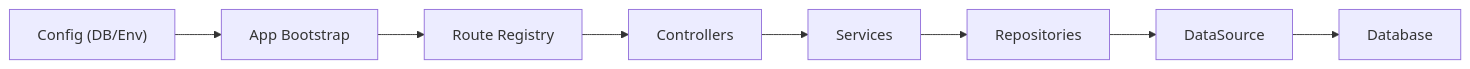
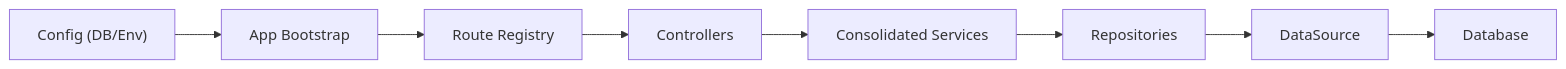
The fifth of 5 diagrams in .qoder/repowiki/en/content/System Architecture/Backend Architecture/Layered Architecture & Components.md (franckylab/eLISAschool), drawn with Mermaid before and after one commit. The commit also changed other lines of this file and 101 other files, not shown here.

First line of the commit message:
docs(architecture): document refonte de l’architecture backend et améliorations frontend

````diff
--- a/.qoder/repowiki/en/content/System Architecture/Backend Architecture/Layered Architecture & Components.md
+++ b/.qoder/repowiki/en/content/System Architecture/Backend Architecture/Layered Architecture & Components.md
@@ -247,10 +293,10 @@
 ```mermaid
 graph LR
 Config["Config (DB/Env)"] --> App["App Bootstrap"]
 App --> Routes["Route Registry"]
 Routes --> Controllers["Controllers"]
-Controllers --> Services["Services"]
-Services --> Repos["Repositories"]
+Controllers --> ConsolidatedServices["Consolidated Services"]
+ConsolidatedServices --> Repos["Repositories"]
 Repos --> DS["DataSource"]
 DS --> DB["Database"]
 ```
````
